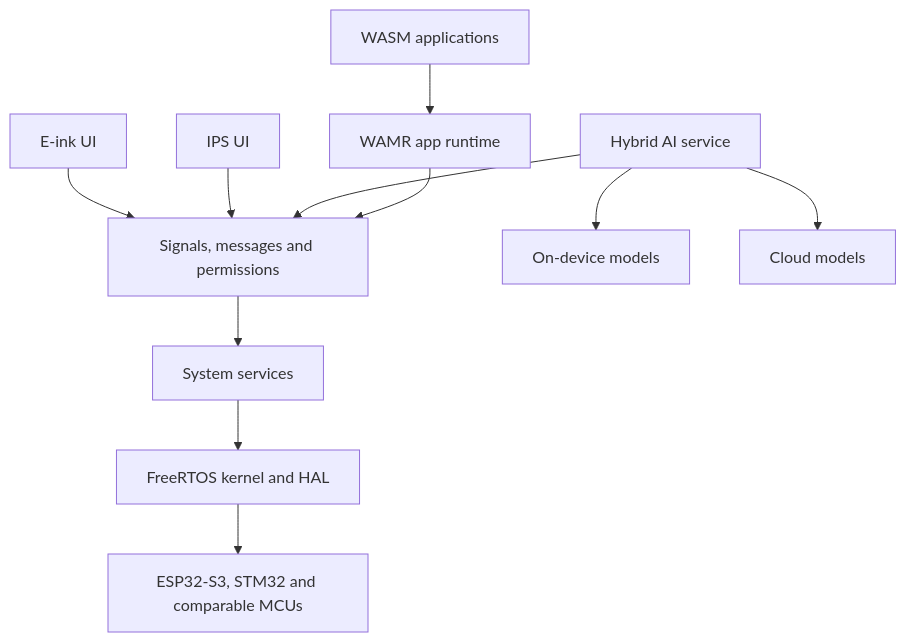
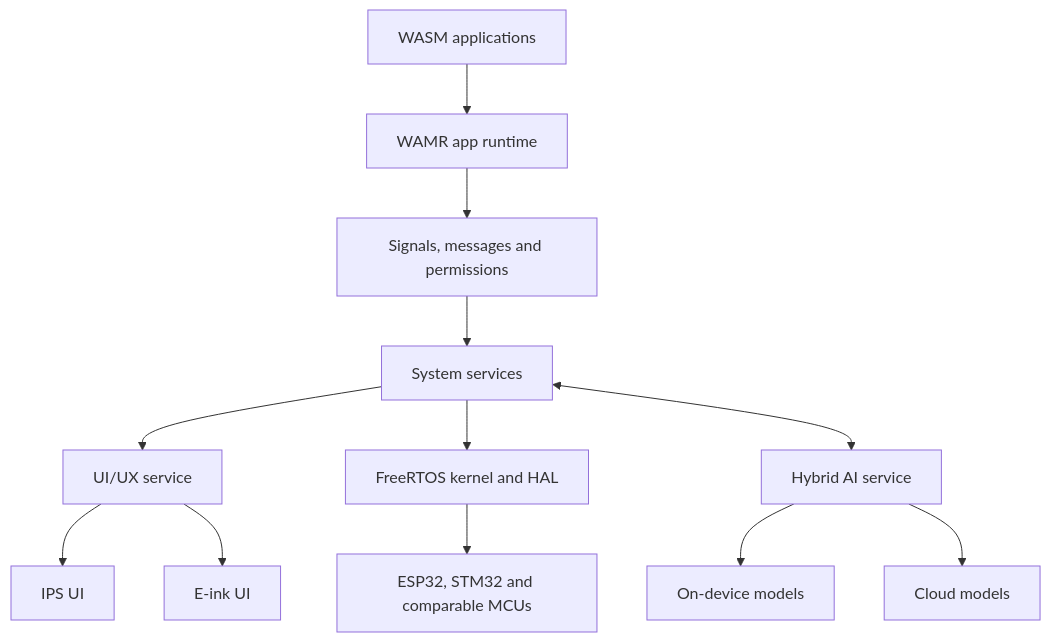
Before and after one commit to yawong0925/lalandeos: the diagram in README.md, drawn with Mermaid. The commit also changed other lines of this file, not shown here.

Commit message:
modified:   README.md

````diff
--- a/README.md
+++ b/README.md
@@ -30,15 +30,17 @@
 ```mermaid
 flowchart TB
     A[WASM applications] --> B[WAMR app runtime]
     B --> C[Signals, messages and permissions]
     C --> D[System services]
+    D --> L[UI/UX service]
     D --> E[FreeRTOS kernel and HAL]
-    E --> F[ESP32-S3, STM32 and comparable MCUs]
+    E --> F[ESP32, STM32 and comparable MCUs]
 
-    G[Hybrid AI service] --> C
+
+    D <--> G[Hybrid AI service]
     G --> H[On-device models]
     G --> I[Cloud models]
 
-    J[IPS UI] --> C
-    K[E-ink UI] --> C
+    L --> J[IPS UI]
+    L --> K[E-ink UI]
 ```
````
